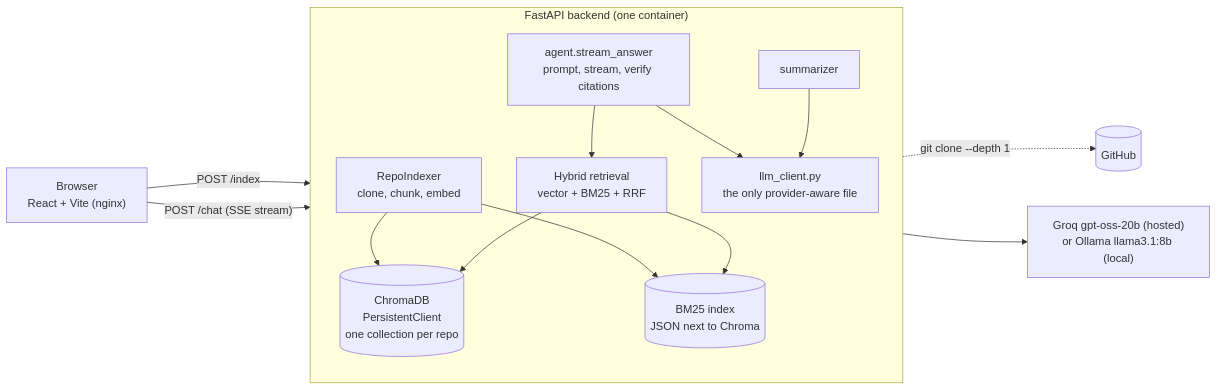
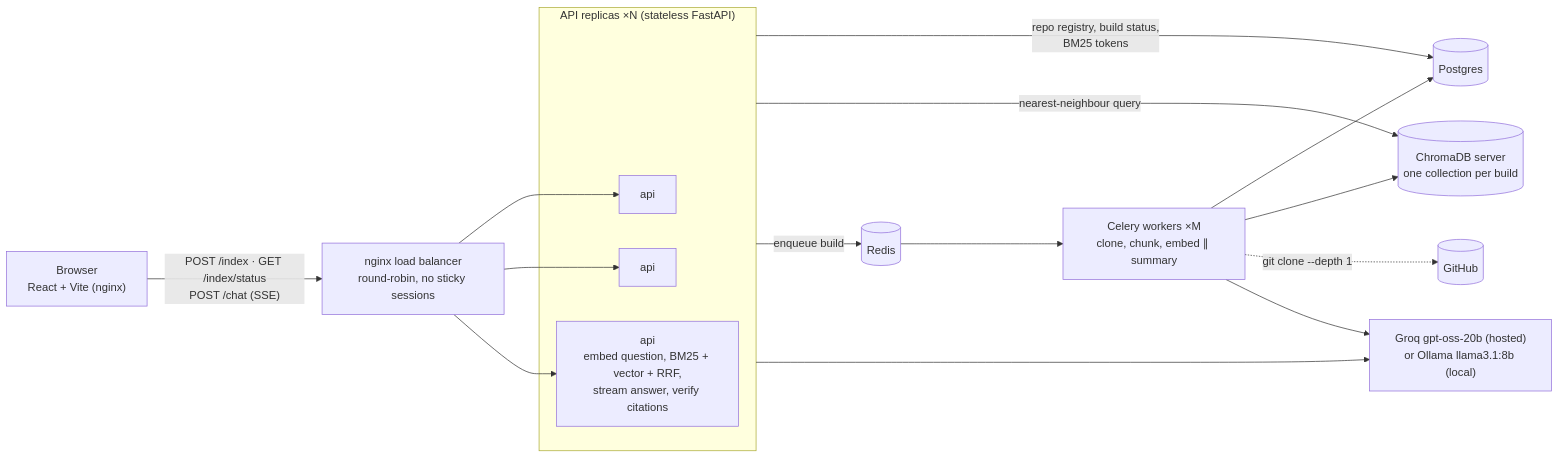
One commit to shrxyo/Codebase-QA-Agent changed the diagram in README.md. Above: the diagram before and after it, drawn with Mermaid. The commit also changed other lines of this file and 21 other files, not shown here.

````diff
--- a/README.md
+++ b/README.md
@@ -9,24 +9,21 @@
 ```mermaid
 flowchart LR
-    U["Browser<br/>React + Vite (nginx)"] -->|"POST /index"| API
-    U -->|"POST /chat (SSE stream)"| API
+    U["Browser<br/>React + Vite (nginx)"] -->|"POST /index · GET /index/status<br/>POST /chat (SSE)"| LB["nginx load balancer<br/>round-robin, no sticky sessions"]
+    LB --> A1 & A2 & A3
 
-    subgraph API["FastAPI backend (one container)"]
-        direction TB
-        IDX["RepoIndexer<br/>clone, chunk, embed"]
-        RET["Hybrid retrieval<br/>vector + BM25 + RRF"]
-        AGT["agent.stream_answer<br/>prompt, stream, verify citations"]
-        SUM["summarizer"]
-        LLMC["llm_client.py<br/>the only provider-aware file"]
-        IDX --> CH[("ChromaDB<br/>PersistentClient<br/>one collection per repo")]
-        IDX --> BM[("BM25 index<br/>JSON next to Chroma")]
-        RET --> CH
-        RET --> BM
-        AGT --> RET
-        AGT --> LLMC
-        SUM --> LLMC
+    subgraph APIS["API replicas ×N (stateless FastAPI)"]
+        A1["api"]
+        A2["api"]
+        A3["api<br/>embed question, BM25 + vector + RRF,<br/>stream answer, verify citations"]
     end
 
-    IDX -.->|"git clone --depth 1"| GH[("GitHub")]
-    LLMC --> LLM["Groq gpt-oss-20b (hosted)<br/>or Ollama llama3.1:8b (local)"]
+    APIS -->|"repo registry, build status,<br/>BM25 tokens"| PG[("Postgres")]
+    APIS -->|"nearest-neighbour query"| CH[("ChromaDB server<br/>one collection per build")]
+    APIS -->|"enqueue build"| RD[("Redis")]
+    RD --> W["Celery workers ×M<br/>clone, chunk, embed ∥ summary"]
+    W --> PG
+    W --> CH
+    W -.->|"git clone --depth 1"| GH[("GitHub")]
+    APIS --> LLM["Groq gpt-oss-20b (hosted)<br/>or Ollama llama3.1:8b (local)"]
+    W --> LLM
 ```
````
